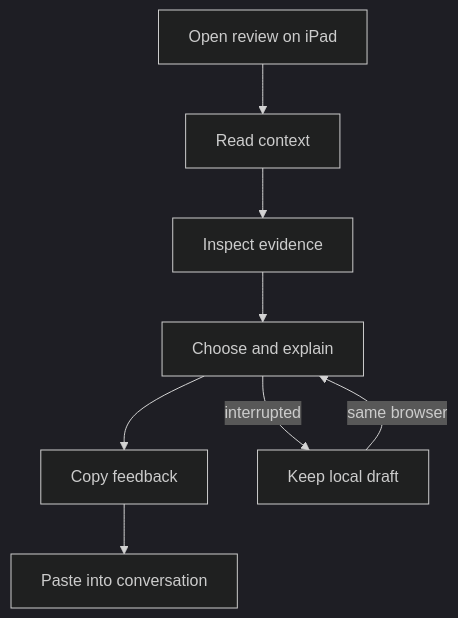
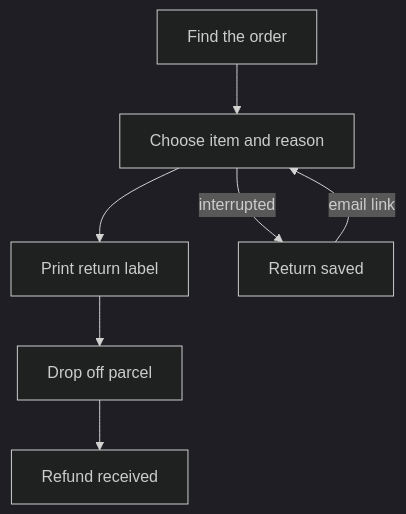
The diagram in checks/journey.mmd (asabirov/mermaid-diagrams-skill), drawn with Mermaid (dark theme) before and after one commit. The commit also changed 11 other files, not shown here.

```diff
--- a/checks/journey.mmd
+++ b/checks/journey.mmd
@@ -1,13 +1,12 @@
 flowchart TB
-accTitle: Reviewing a plan on iPad
-accDescr: Open the review, read its context, inspect relevant evidence, choose an approach and copy feedback. Resume later if interrupted.
-Open[Open review on iPad] --> Read[Read context]
-Read --> Inspect[Inspect evidence]
-Inspect --> Choose[Choose and explain]
-Choose --> Copy[Copy feedback]
-Choose -->|interrupted| Pause[Keep local draft]
-Pause -->|same browser| Choose
-Copy --> Return[Paste into conversation]
+accTitle: Returning an item
+accDescr: The customer finds the order, chooses the item, prints a return label, drops off the parcel and receives the refund. If interrupted before printing, the return is saved and the customer resumes from an email link.
+Find[Find the order] --> Choose[Choose item and reason]
+Choose --> Label[Print return label]
+Choose -->|interrupted| Saved[Return saved]
+Saved -->|email link| Choose
+Label --> Drop[Drop off parcel]
+Drop --> Refund[Refund received]
 
 class Choose decision
-class Return result
+class Refund result
```
